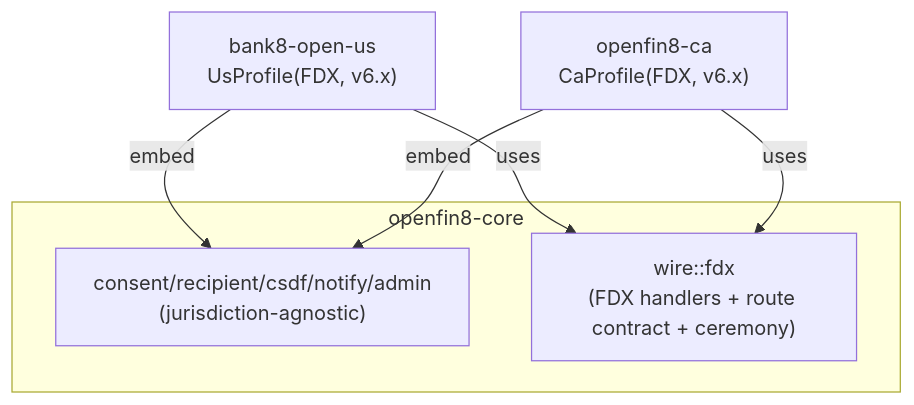
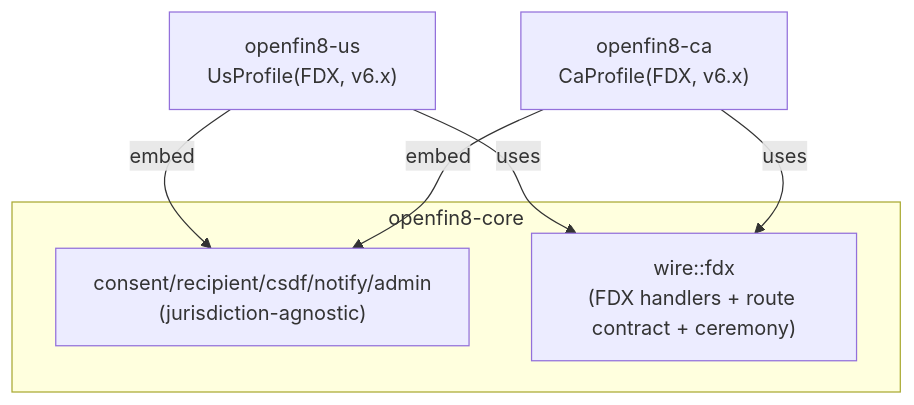
The diagram in docs/products/openfin8-ca/design.md (OpenFin8/openfin8-site), drawn with Mermaid before and after one commit. The commit also changed other lines of this file and 1 other file, not shown here.

First line of the commit message:
docs: retire the bank8-open-* pre-rename repository names

````diff
--- a/docs/products/openfin8-ca/design.md
+++ b/docs/products/openfin8-ca/design.md
@@ -64,12 +64,12 @@
 ```mermaid
 graph TD
     subgraph core["openfin8-core"]
         KERNEL["consent/recipient/csdf/notify/admin<br/>(jurisdiction-agnostic)"]
         FDXW["wire::fdx<br/>(FDX handlers + route contract + ceremony)"]
     end
-    US["bank8-open-us<br/>UsProfile(FDX, v6.x)"]
+    US["openfin8-us<br/>UsProfile(FDX, v6.x)"]
     CA["openfin8-ca<br/>CaProfile(FDX, v6.x)"]
     US -->|"uses"| FDXW
     CA -->|"uses"| FDXW
     US & CA -->|"embed"| KERNEL
 ```
````
